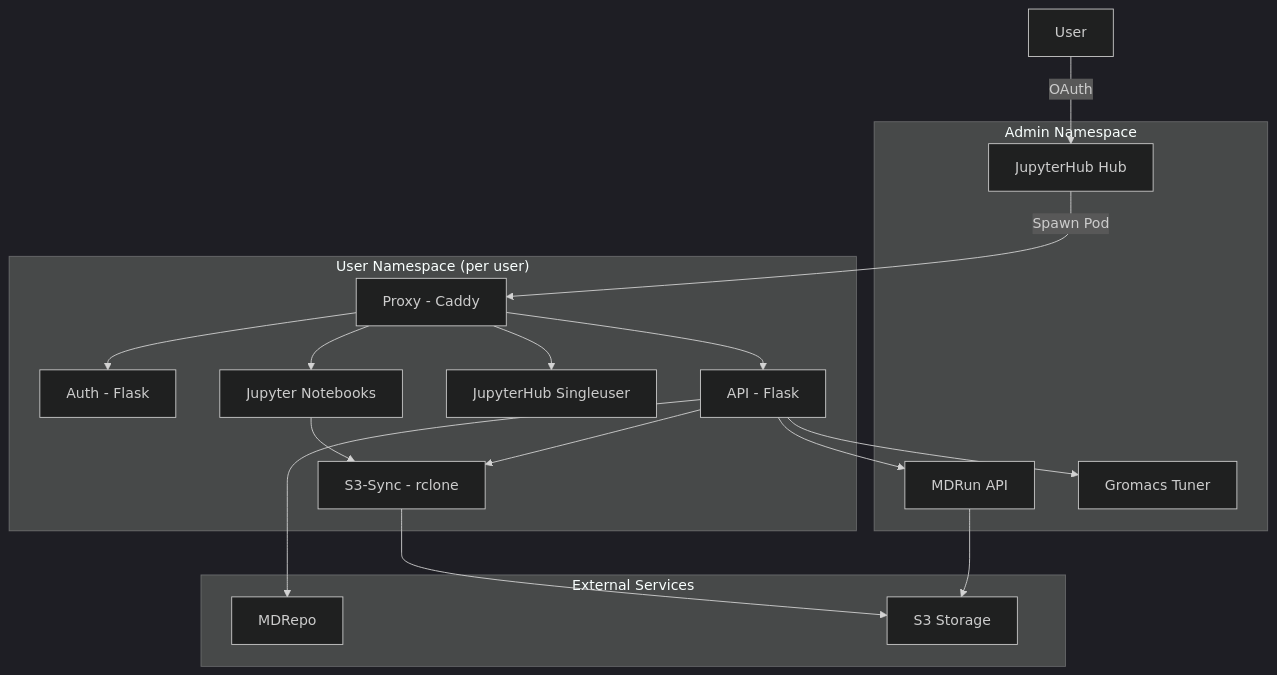
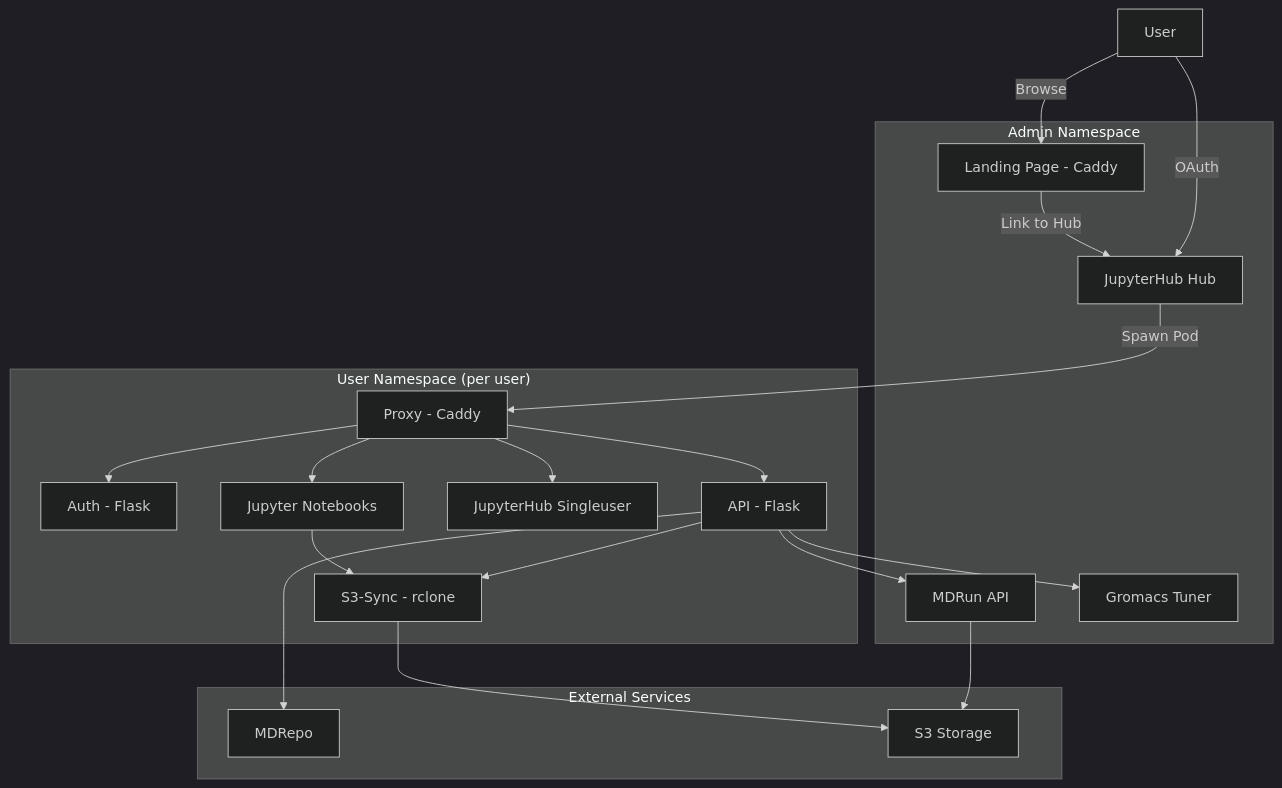
One commit to CERIT-SC/mddash changed the first of 2 diagrams in AGENTS.md. Above: the diagram before and after it, drawn with Mermaid (dark theme). The commit also changed other lines of this file and 5 other files, not shown here.

First line of the commit message:
docs(landing): document public landing page deployment

````diff
--- a/AGENTS.md
+++ b/AGENTS.md
@@ -13,36 +13,39 @@
 ```mermaid
 graph TB
     subgraph "Admin Namespace"
         JH[JupyterHub Hub]
         MA[MDRun API]
         GT[Gromacs Tuner]
+        LP[Landing Page - Caddy]
     end
 
     subgraph "User Namespace (per user)"
         P[Proxy - Caddy]
         A[Auth - Flask]
         API[API - Flask]
         S3[S3-Sync - rclone]
         JS[JupyterHub Singleuser]
         JN[Jupyter Notebooks]
     end
 
     subgraph "External Services"
         MD[MDRepo]
         S3S[S3 Storage]
     end
 
+    User[User] -->|Browse| LP
     User[User] -->|OAuth| JH
+    LP -->|Link to Hub| JH
     JH -->|Spawn Pod| P
     P --> A
     P --> API
     P --> JS
     P --> JN
     API --> S3
     JN --> S3
     API --> MA
     API --> GT
     API --> MD
     MA --> S3S
     S3 --> S3S
 ```
````
